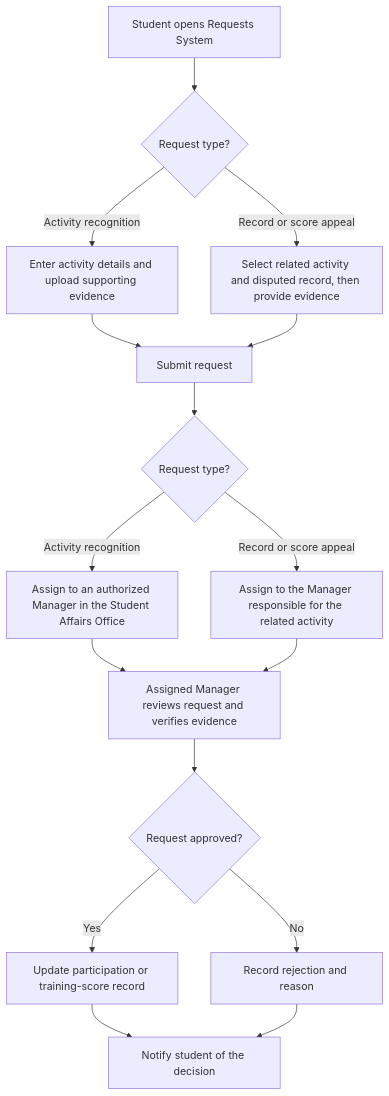
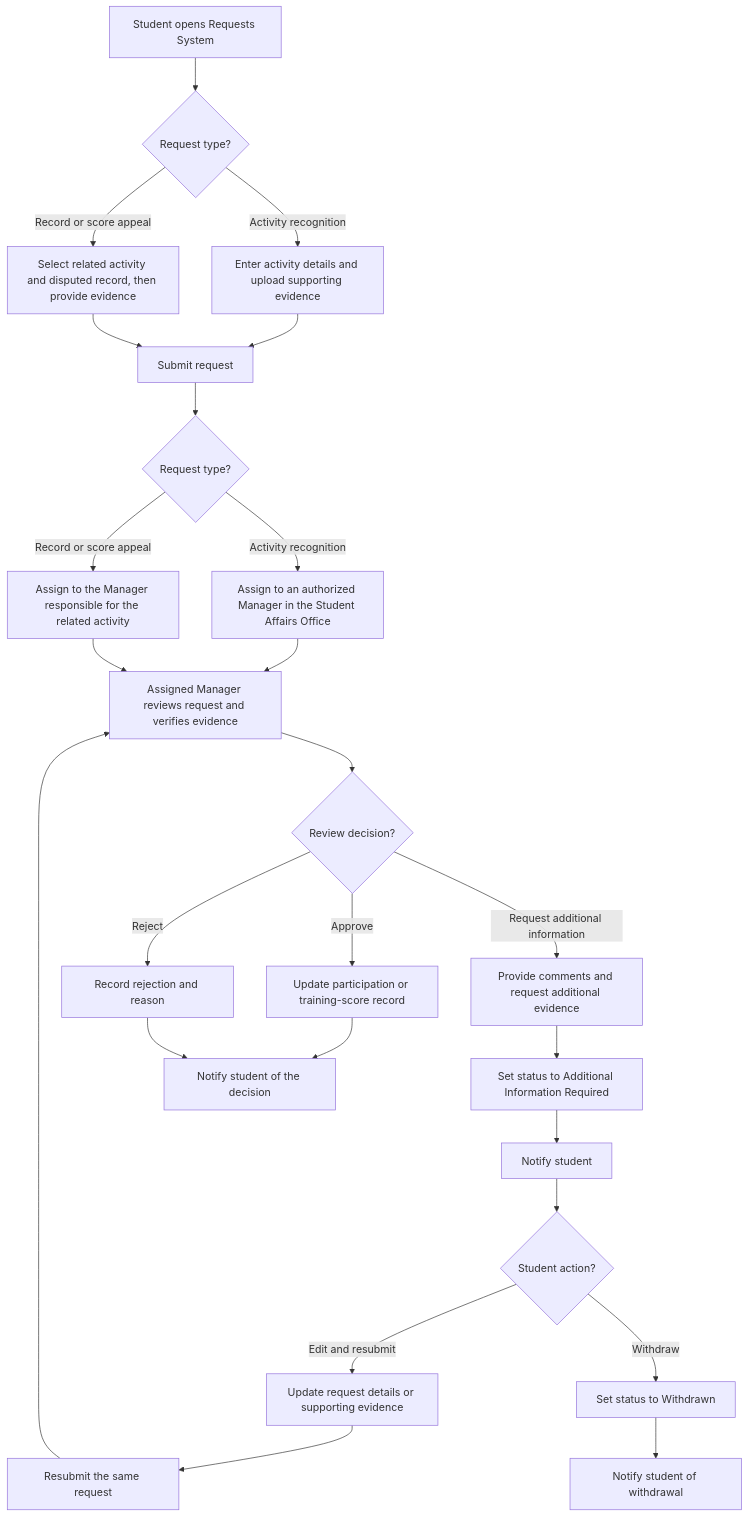
The fifth of 5 diagrams in docs/requirements/vision-document.md (APCSk24-CS300/cs300-project), drawn with Mermaid before and after one commit. The commit also changed other lines of this file, not shown here.

Commit message:
Edit the workflow section

````diff
--- a/docs/requirements/vision-document.md
+++ b/docs/requirements/vision-document.md
@@ -157,28 +239,40 @@
 ```mermaid
-
 flowchart TD
     A[Student opens Requests System] --> B{Request type?}
 
-    B -- Activity recognition --> C[Enter activity details and upload supporting evidence]
-    B -- Record or score appeal --> D[Select related activity and disputed record, then provide evidence]
+    B -->|Activity recognition| C[Enter activity details and upload supporting evidence]
+    B -->|Record or score appeal| D[Select related activity and disputed record, then provide evidence]
 
     C --> E[Submit request]
     D --> E
 
     E --> F{Request type?}
 
-    F -- Activity recognition --> G[Assign to an authorized Manager in the Student Affairs Office]
-    F -- Record or score appeal --> H[Assign to the Manager responsible for the related activity]
+    F -->|Activity recognition| G[Assign to an authorized Manager in the Student Affairs Office]
+    F -->|Record or score appeal| H[Assign to the Manager responsible for the related activity]
 
     G --> I[Assigned Manager reviews request and verifies evidence]
     H --> I
 
-    I --> J{Request approved?}
+    I --> J{Review decision?}
 
-    J -- Yes --> K[Update participation or training-score record]
-    J -- No --> L[Record rejection and reason]
+    J -->|Approve| K[Update participation or training-score record]
+    J -->|Reject| L[Record rejection and reason]
+    J -->|Request additional information| N[Provide comments and request additional evidence]
+
+    N --> O[Set status to Additional Information Required]
+    O --> P[Notify student]
+    P --> Q{Student action?}
+
+    Q -->|Edit and resubmit| R[Update request details or supporting evidence]
+    R --> S[Resubmit the same request]
+    S --> I
+
+    Q -->|Withdraw| T[Set status to Withdrawn]
 
     K --> M[Notify student of the decision]
     L --> M
+    T --> U[Notify student of withdrawal]
+
 
 ```
````
